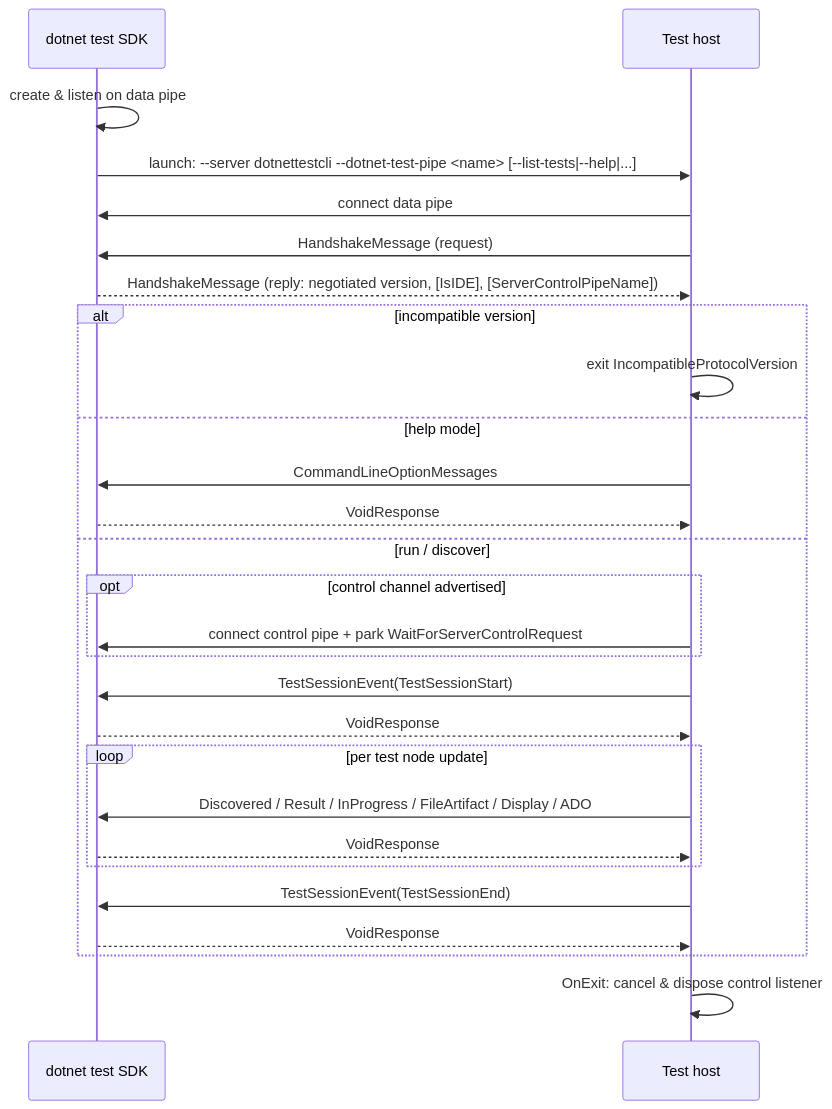
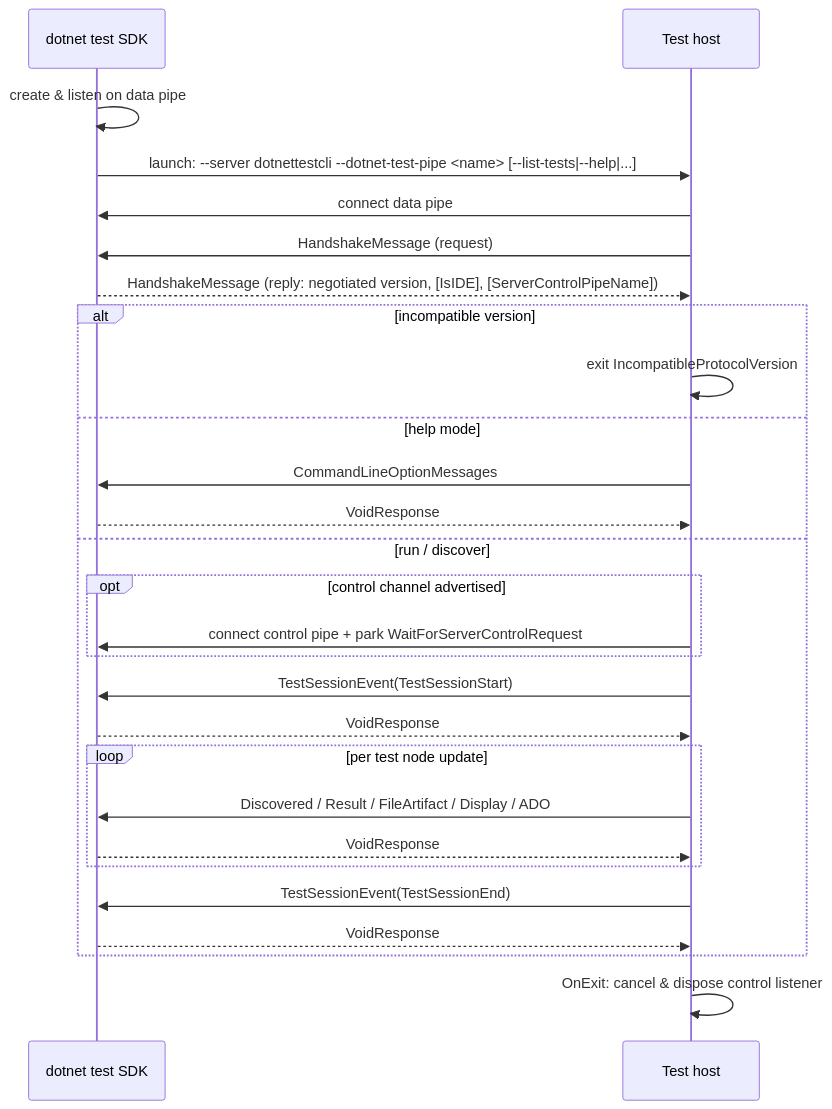
The sixth of 6 diagrams in docs/mstest-runner-protocol/004-protocol-dotnet-test-pipe.md (microsoft/testfx), drawn with Mermaid before and after one commit. The commit also changed other lines of this file, not shown here.

First line of the commit message:
docs: correct Execution ID scope and connection-loss/diagram details

````diff
--- a/docs/mstest-runner-protocol/004-protocol-dotnet-test-pipe.md
+++ b/docs/mstest-runner-protocol/004-protocol-dotnet-test-pipe.md
@@ -596,31 +601,31 @@
 ```mermaid
 sequenceDiagram
     participant SDK as dotnet test SDK
     participant Host as Test host
 
     SDK->>SDK: create & listen on data pipe
     SDK->>Host: launch: --server dotnettestcli --dotnet-test-pipe <name> [--list-tests|--help|...]
     Host->>SDK: connect data pipe
     Host->>SDK: HandshakeMessage (request)
     SDK-->>Host: HandshakeMessage (reply: negotiated version, [IsIDE], [ServerControlPipeName])
 
     alt incompatible version
         Host->>Host: exit IncompatibleProtocolVersion
     else help mode
         Host->>SDK: CommandLineOptionMessages
         SDK-->>Host: VoidResponse
     else run / discover
         opt control channel advertised
             Host->>SDK: connect control pipe + park WaitForServerControlRequest
         end
         Host->>SDK: TestSessionEvent(TestSessionStart)
         SDK-->>Host: VoidResponse
         loop per test node update
-            Host->>SDK: Discovered / Result / InProgress / FileArtifact / Display / ADO
+            Host->>SDK: Discovered / Result / FileArtifact / Display / ADO
             SDK-->>Host: VoidResponse
         end
         Host->>SDK: TestSessionEvent(TestSessionEnd)
         SDK-->>Host: VoidResponse
     end
     Host->>Host: OnExit: cancel & dispose control listener
 ```
````
